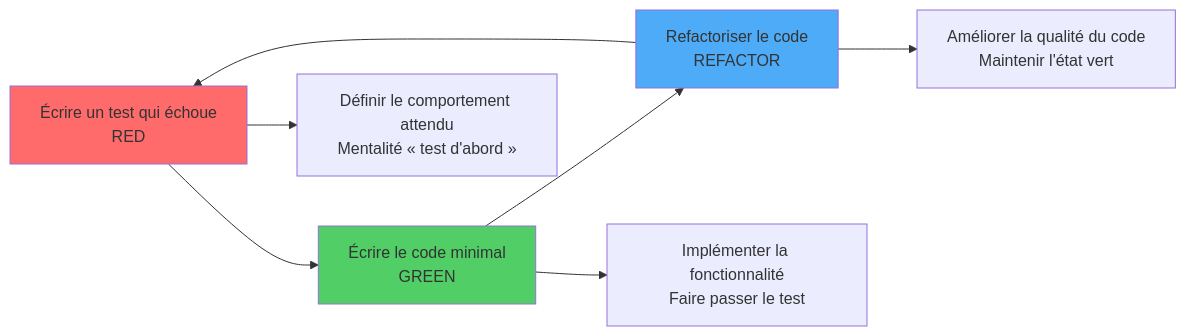
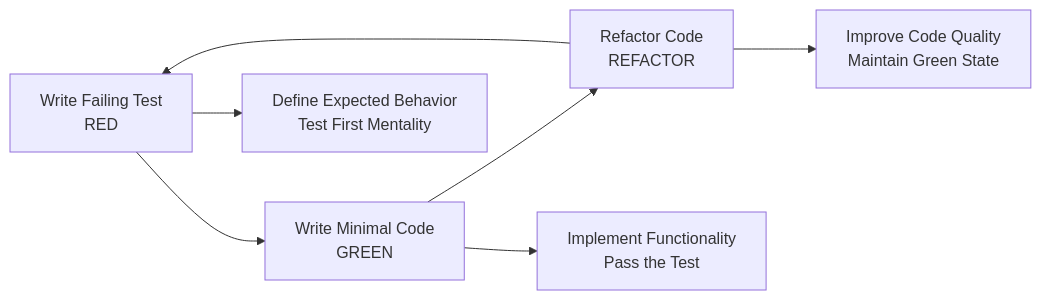
Before and after one commit to BabaScience/react-guides: the third of 10 diagrams in arguments/chapters/fr/10-testing.md, drawn with Mermaid. The commit also changed other lines of this file and 29 other files, not shown here.

First line of the commit message:
Bring React FR/IT translations to full English parity + theme-safe diagrams

````diff
--- a/arguments/chapters/fr/10-testing.md
+++ b/arguments/chapters/fr/10-testing.md
@@ -63,14 +98,11 @@
 ```mermaid
 graph LR
-    A[Écrire un test qui échoue<br/>RED] --> B[Écrire le code minimal<br/>GREEN]
-    B --> C[Refactoriser le code<br/>REFACTOR]
+    A[Write Failing Test<br/>RED] --> B[Write Minimal Code<br/>GREEN]
+    B --> C[Refactor Code<br/>REFACTOR]
     C --> A
-
-    A --> A1[Définir le comportement attendu<br/>Mentalité « test d'abord »]
-    B --> B1[Implémenter la fonctionnalité<br/>Faire passer le test]
-    C --> C1[Améliorer la qualité du code<br/>Maintenir l'état vert]
-
-    style A fill:#ff6b6b
-    style B fill:#51cf66
-    style C fill:#4dabf7
+    
+    A --> A1[Define Expected Behavior<br/>Test First Mentality]
+    B --> B1[Implement Functionality<br/>Pass the Test]
+    C --> C1[Improve Code Quality<br/>Maintain Green State]
+    
 ```
````
